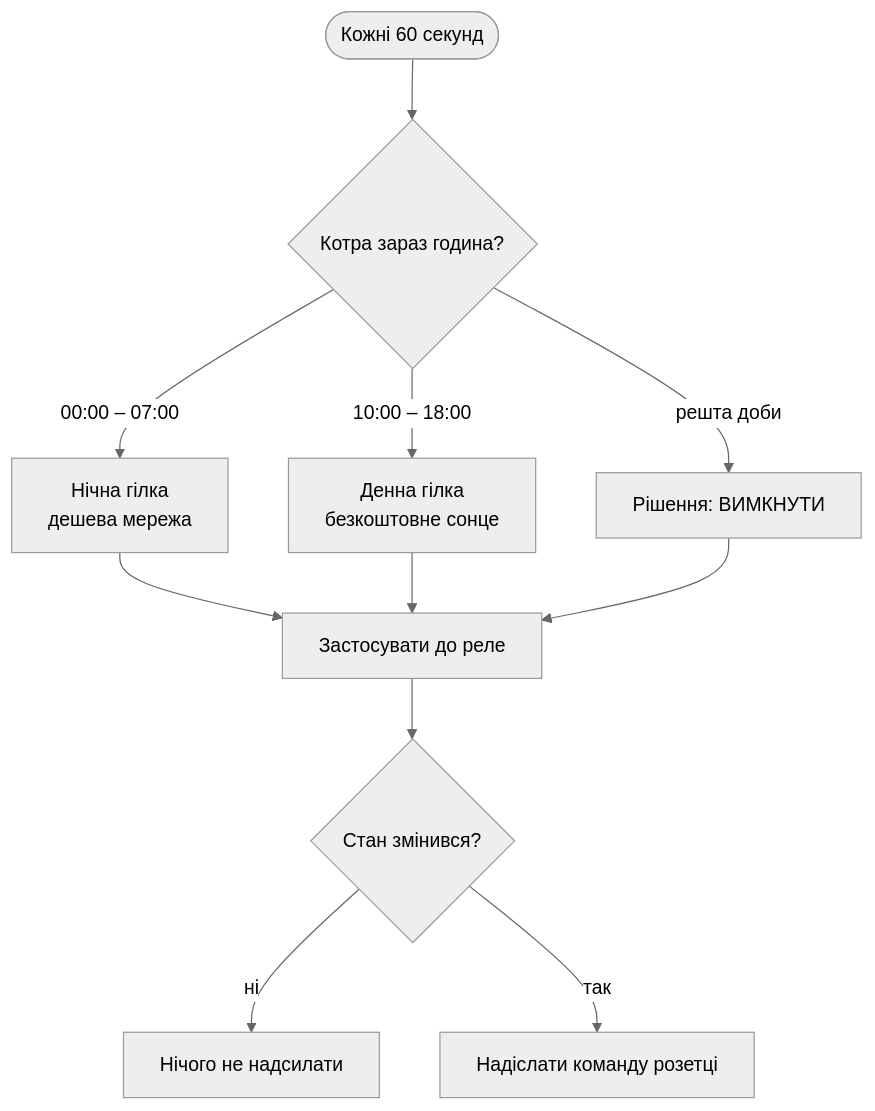
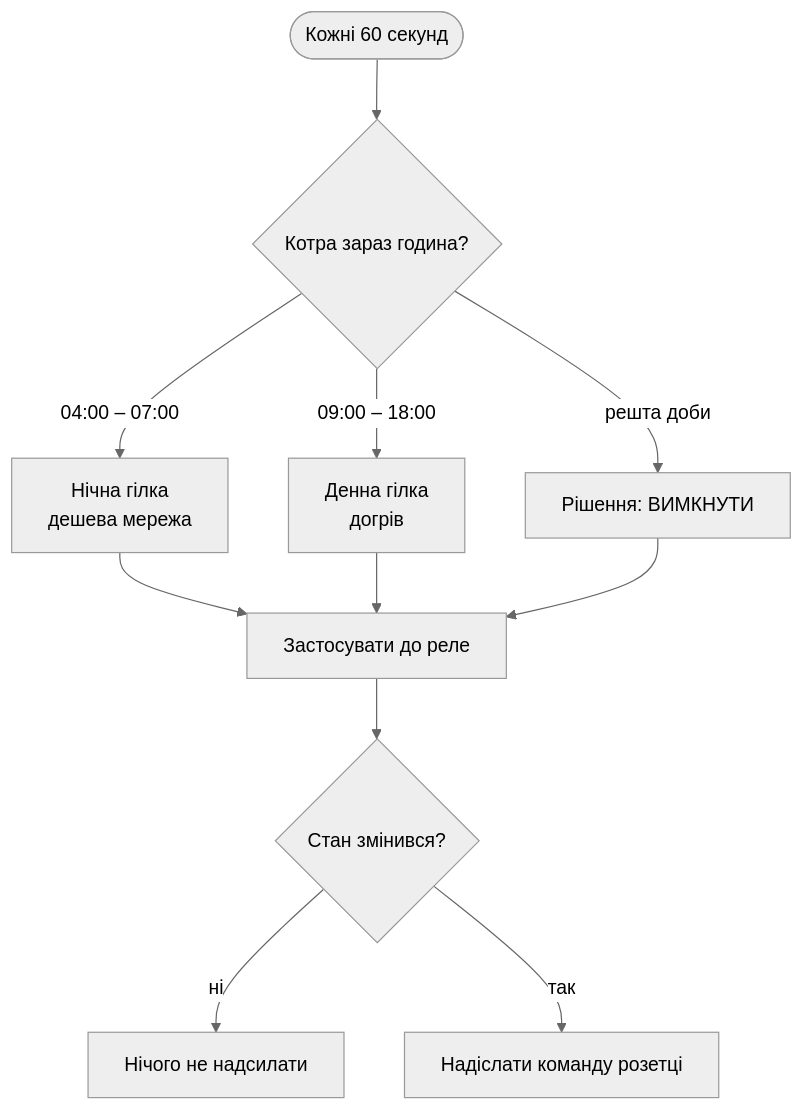
The second of 7 diagrams in docs/algorithm.md (tochytskyi/smart-solar-energy), drawn with Mermaid (neutral theme) before and after one commit. The commit also changed other lines of this file and 19 other files, not shown here.

````diff
--- a/docs/algorithm.md
+++ b/docs/algorithm.md
@@ -51,13 +56,13 @@
 ```mermaid
 flowchart TD
     A(["Кожні 60 секунд"]) --> B{"Котра зараз година?"}
-    B -->|"00:00 – 07:00"| N["Нічна гілка<br/>дешева мережа"]
-    B -->|"10:00 – 18:00"| S["Денна гілка<br/>безкоштовне сонце"]
+    B -->|"04:00 – 07:00"| N["Нічна гілка<br/>дешева мережа"]
+    B -->|"09:00 – 18:00"| S["Денна гілка<br/>догрів"]
     B -->|"решта доби"| O["Рішення: ВИМКНУТИ"]
     N --> D
     S --> D
     O --> D
     D["Застосувати до реле"] --> E{"Стан змінився?"}
     E -->|"ні"| SKIP["Нічого не надсилати"]
     E -->|"так"| SEND["Надіслати команду розетці"]
 ```
````
